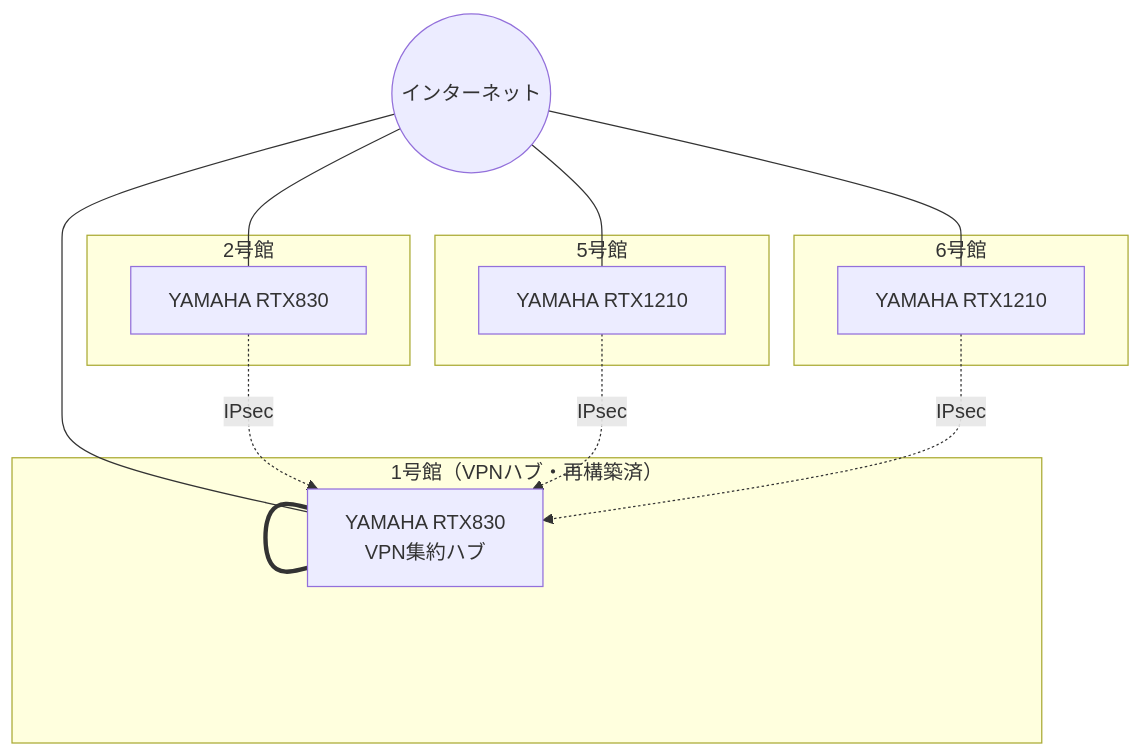
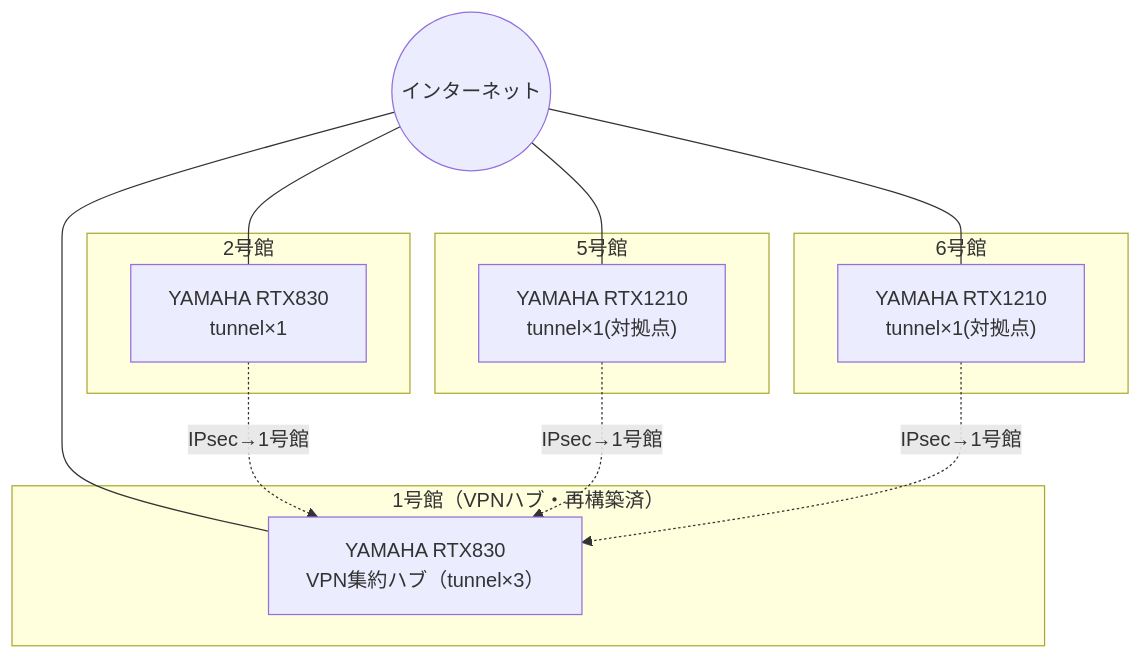
One commit to zva06206-shimizu/yss_secretary changed the first of 4 diagrams in work/nagoya-keiei-kaikei/03_documents/20260625_現状調査報告書_名古屋経営会計専門学校.md. Above: the diagram before and after it, drawn with Mermaid. The commit also changed other lines of this file, not shown here.

````diff
--- a/work/nagoya-keiei-kaikei/03_documents/20260625_現状調査報告書_名古屋経営会計専門学校.md
+++ b/work/nagoya-keiei-kaikei/03_documents/20260625_現状調査報告書_名古屋経営会計専門学校.md
@@ -26,21 +27,20 @@
 ```mermaid
 flowchart TB
     INET((インターネット))
     subgraph G1["1号館（VPNハブ・再構築済）"]
-      R1["YAMAHA RTX830<br/>VPN集約ハブ"]
+      R1["YAMAHA RTX830<br/>VPN集約ハブ（tunnel×3）"]
     end
     subgraph G2["2号館"]
-      R2["YAMAHA RTX830"]
+      R2["YAMAHA RTX830<br/>tunnel×1"]
     end
     subgraph G5["5号館"]
-      R5["YAMAHA RTX1210"]
+      R5["YAMAHA RTX1210<br/>tunnel×1(対拠点)"]
     end
     subgraph G6["6号館"]
-      R6["YAMAHA RTX1210"]
+      R6["YAMAHA RTX1210<br/>tunnel×1(対拠点)"]
     end
     INET --- R1 & R2 & R5 & R6
-    R2 -. "IPsec" .-> R1
-    R5 -. "IPsec" .-> R1
-    R6 -. "IPsec" .-> R1
-    R1 === R1
+    R2 -. "IPsec→1号館" .-> R1
+    R5 -. "IPsec→1号館" .-> R1
+    R6 -. "IPsec→1号館" .-> R1
 ```
````
